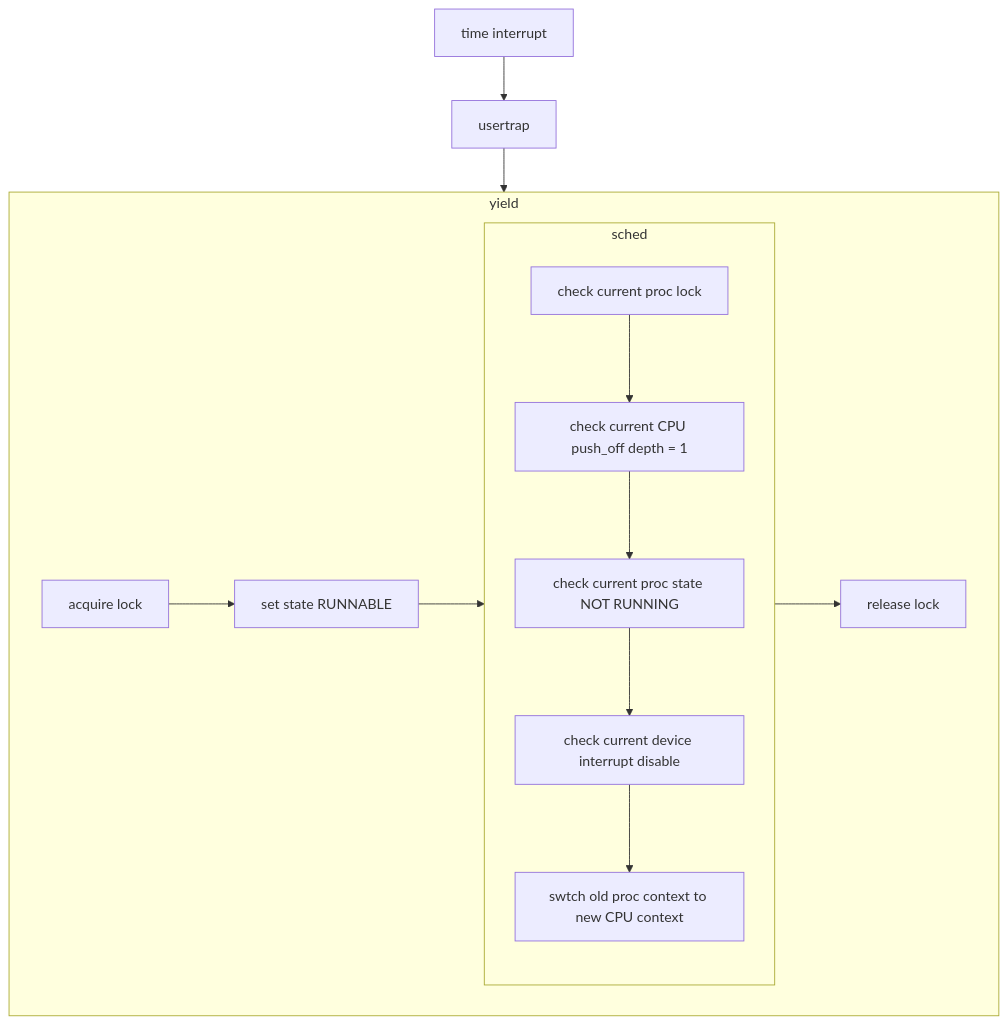
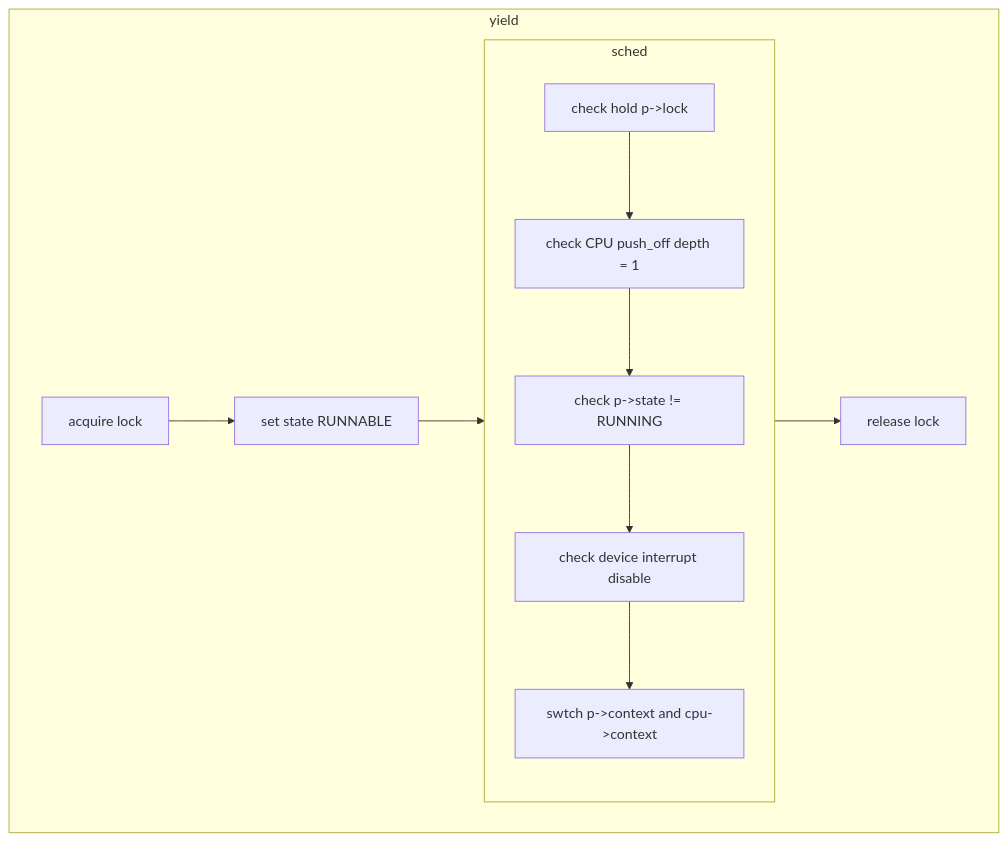
The first of 2 diagrams in scheduling.md (guisongchen/notes-of-6.S081), drawn with Mermaid before and after one commit. The commit also changed other lines of this file, not shown here.

Commit message:
more explanation on cross lock

````diff
--- a/scheduling.md
+++ b/scheduling.md
@@ -73,27 +73,21 @@
 ```mermaid
 flowchart TB
-	t0[time interrupt]
-	t1[usertrap]
-	t0 --> t1
-	
 	subgraph s0[yield]
 	t8[acquire lock]
 	t2[set state RUNNABLE]
 	t8 --> t2
 	
 	subgraph s1[sched]
-	t3[check current proc lock]
-	t4[check current CPU push_off depth = 1]
-	t5[check current proc state NOT RUNNING]
-	t6[check current device interrupt disable]
+	t3[check hold p->lock]
+	t4[check CPU push_off depth = 1]
+	t5[check p->state != RUNNING]
+	t6[check device interrupt disable]
 	t3 --> t4 --> t5 --> t6
-	t6 --> t7[swtch old proc context to new CPU context]
+	t6 --> t7[swtch p->context and cpu->context]
 	end
 	
 	t9[release lock]
 	t2 --> s1 --> t9
 	end
 	
-	t1 --> s0
-	
 ```
````
